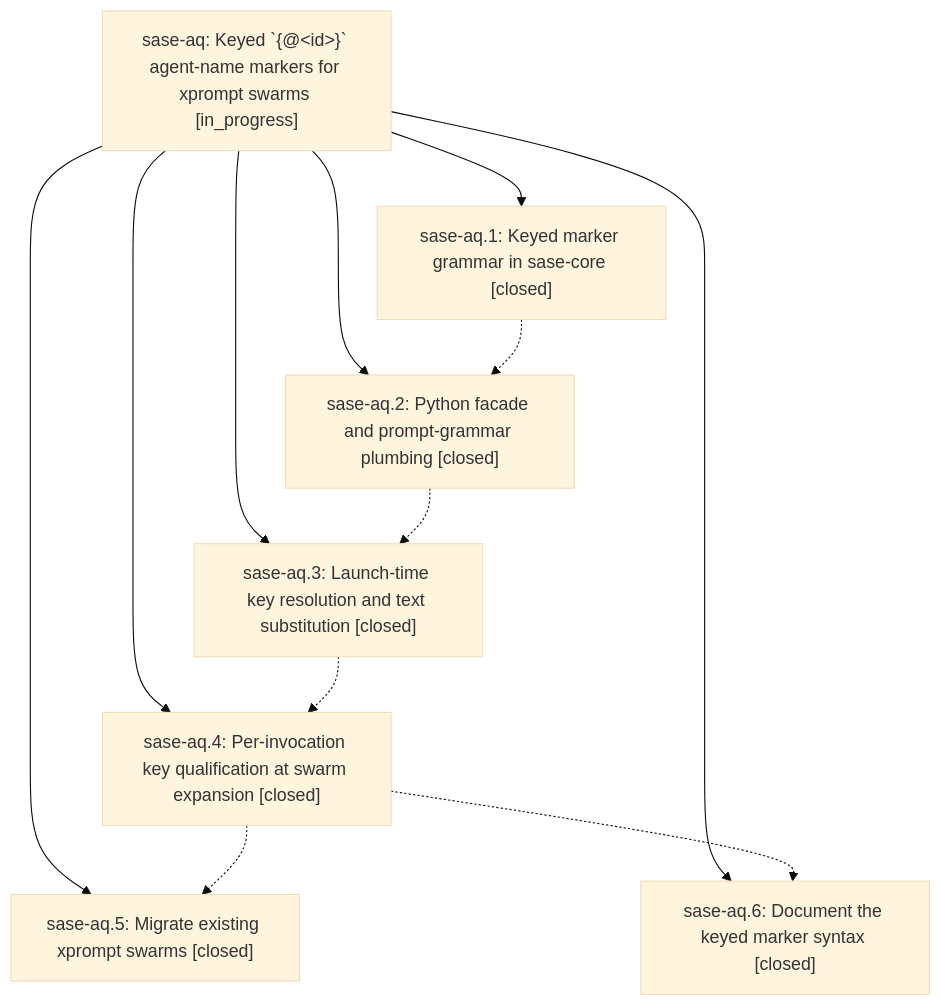
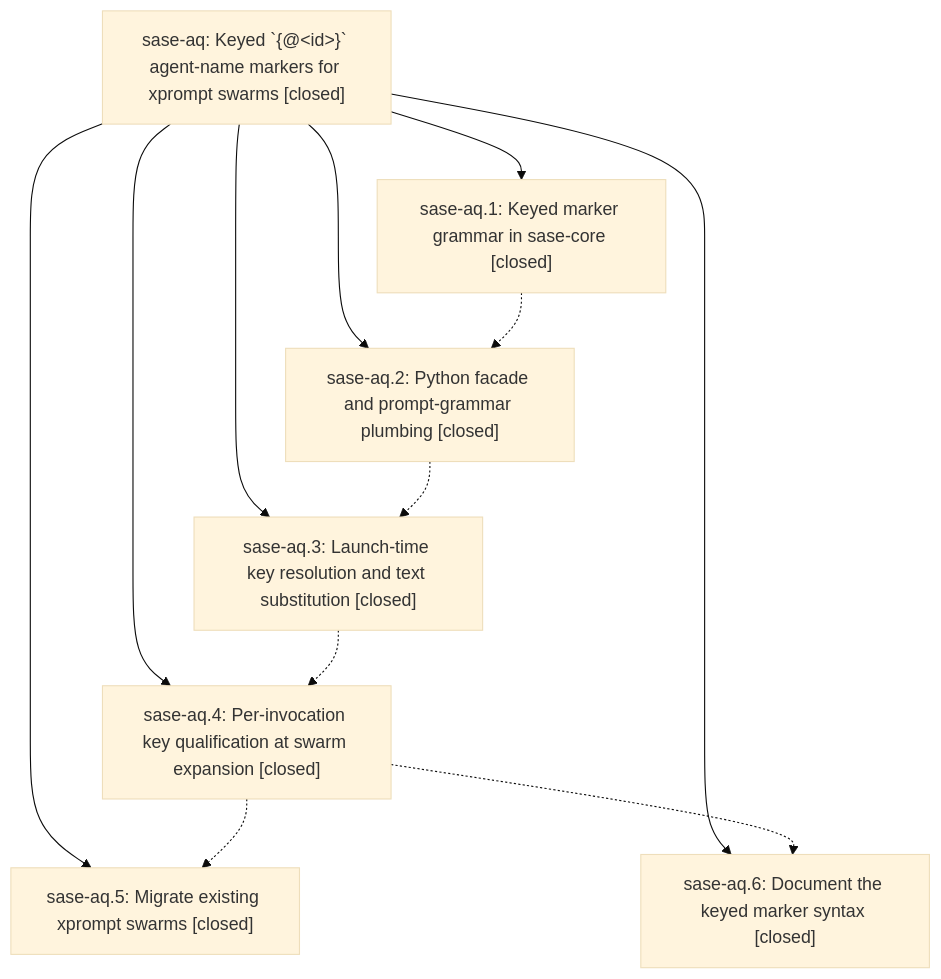
One commit to sase-org/sase--beads changed the diagram in pages/sase-aq/README.md. Above: the diagram before and after it, drawn with Mermaid (base theme). The commit also changed other lines of this file and 6 other files, not shown here.

````diff
--- a/pages/sase-aq/README.md
+++ b/pages/sase-aq/README.md
@@ -27,21 +46,21 @@
 ```mermaid
 flowchart TD
-    n0["sase-aq: Keyed `{@&lt;id&gt;}` agent-name markers for xprompt swarms [in_progress]"]
+    n0["sase-aq: Keyed `{@&lt;id&gt;}` agent-name markers for xprompt swarms [closed]"]
     n1["sase-aq.1: Keyed marker grammar in sase-core [closed]"]
     n2["sase-aq.2: Python facade and prompt-grammar plumbing [closed]"]
     n3["sase-aq.3: Launch-time key resolution and text substitution [closed]"]
     n4["sase-aq.4: Per-invocation key qualification at swarm expansion [closed]"]
     n5["sase-aq.5: Migrate existing xprompt swarms [closed]"]
     n6["sase-aq.6: Document the keyed marker syntax [closed]"]
     n0 --> n1
     n0 --> n2
     n0 --> n3
     n0 --> n4
     n0 --> n5
     n0 --> n6
     n1 -.-> n2
     n2 -.-> n3
     n3 -.-> n4
     n4 -.-> n5
     n4 -.-> n6
 ```
````
